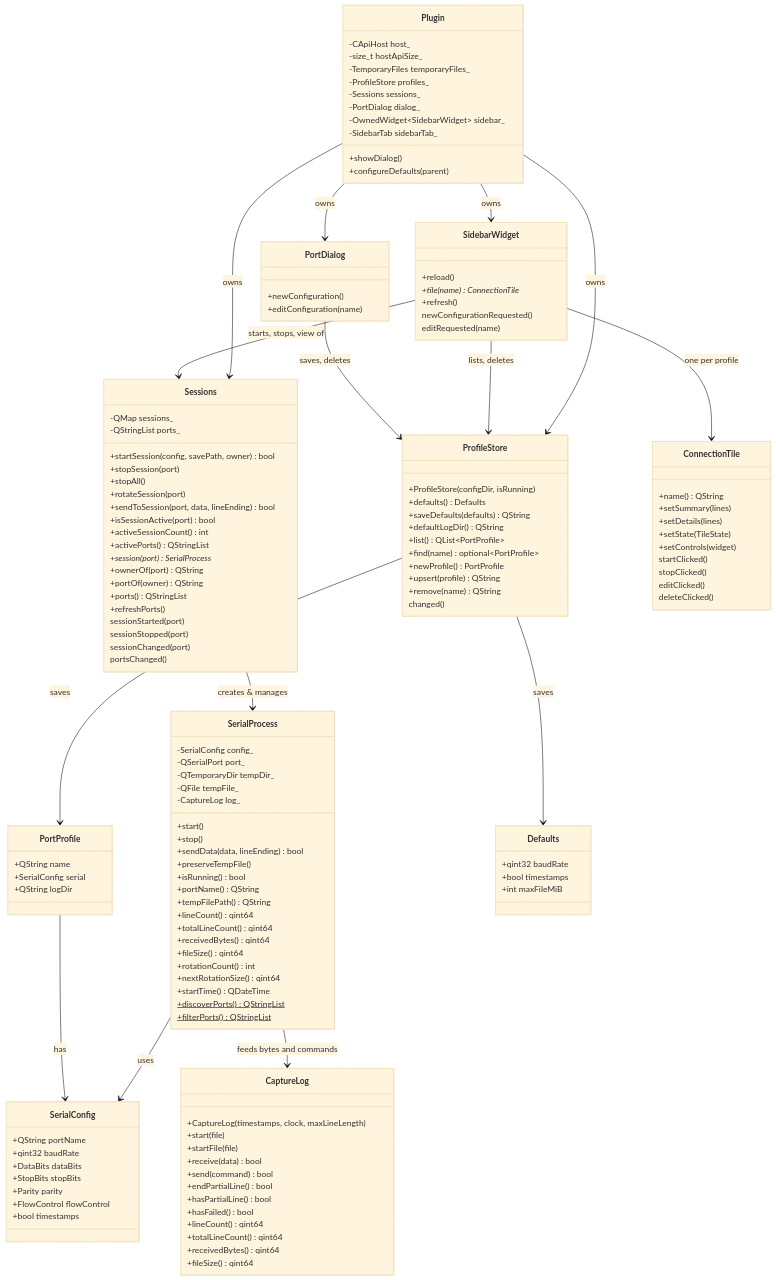
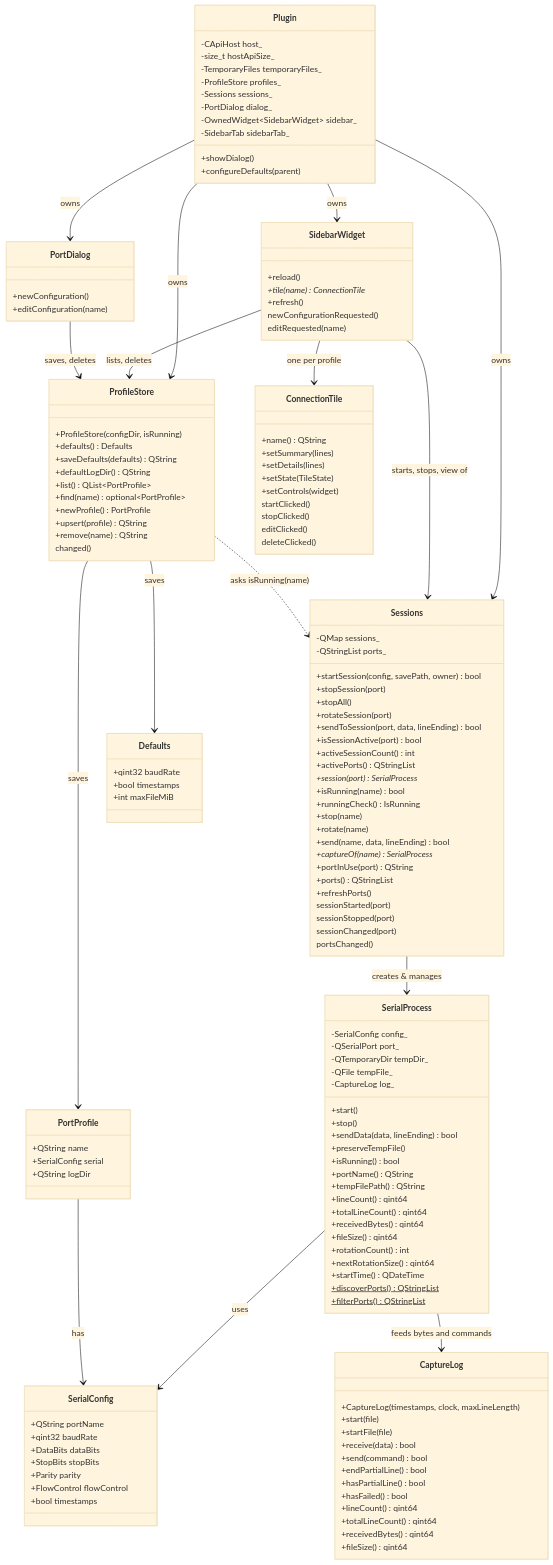
Before and after one commit to 64x-lunicorn/LogSquirl-Serial: the second of 2 diagrams in docs/DEVELOPER_GUIDE.md, drawn with Mermaid (base theme). The commit also changed other lines of this file and 11 other files, not shown here.

First line of the commit message:
Address captures by configuration name for Stop, Rotate, Send and live details (#59)

```diff
--- a/docs/DEVELOPER_GUIDE.md
+++ b/docs/DEVELOPER_GUIDE.md
@@ -138,8 +138,13 @@
         +activeSessionCount() int
         +activePorts() QStringList
         +session(port) SerialProcess*
-        +ownerOf(port) QString
-        +portOf(owner) QString
+        +isRunning(name) bool
+        +runningCheck() IsRunning
+        +stop(name)
+        +rotate(name)
+        +send(name, data, lineEnding) bool
+        +captureOf(name) SerialProcess*
+        +portInUse(port) QString
         +ports() QStringList
         +refreshPorts()
         sessionStarted(port)
@@ -199,6 +204,7 @@
     }
 
     Sessions --> SerialProcess : creates & manages
+    ProfileStore ..> Sessions : asks isRunning(name)
     ProfileStore --> PortProfile : saves
     ProfileStore --> Defaults : saves
     PortProfile --> SerialConfig : has
```
